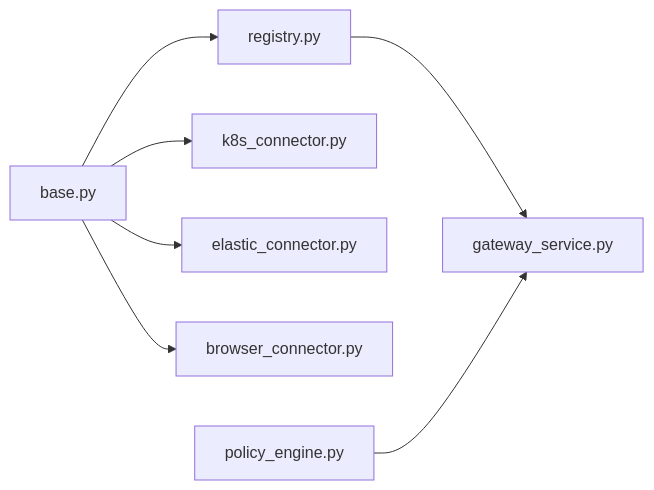
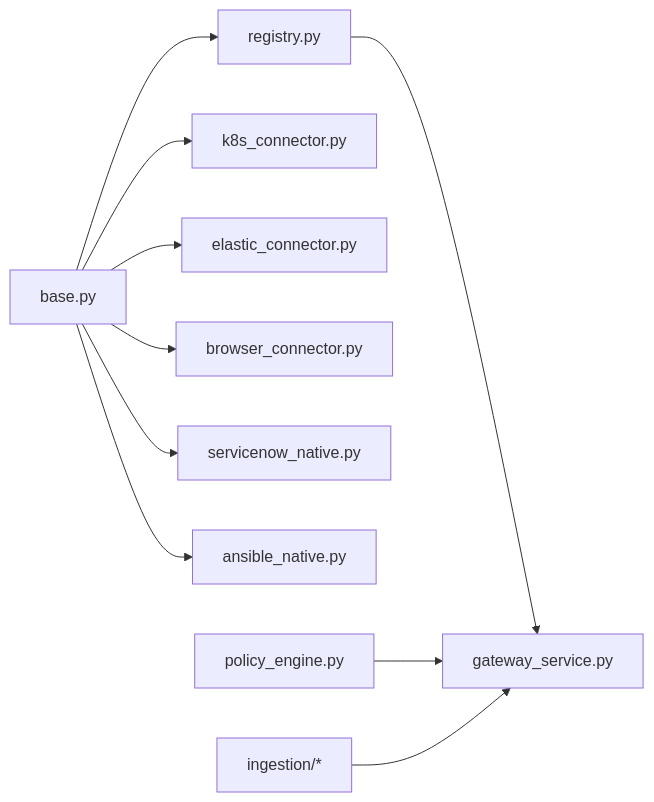
The sixth of 6 diagrams in .qoder/repowiki/en/content/Tool Execution Framework/Tool Development Guide.md (metasync/luban-aiops), drawn with Mermaid before and after one commit. The commit also changed other lines of this file and 7 other files, not shown here.

````diff
--- a/.qoder/repowiki/en/content/Tool Execution Framework/Tool Development Guide.md
+++ b/.qoder/repowiki/en/content/Tool Execution Framework/Tool Development Guide.md
@@ -307,9 +428,12 @@
 ```mermaid
 graph LR
 BASE["base.py"] --> REG["registry.py"]
 BASE --> K8S["k8s_connector.py"]
 BASE --> ELA["elastic_connector.py"]
 BASE --> BRW["browser_connector.py"]
+BASE --> SNOW["servicenow_native.py"]
+BASE --> ANS["ansible_native.py"]
 REG --> GW["gateway_service.py"]
 POL["policy_engine.py"] --> GW
+INGESTION["ingestion/*"] --> GW
 ```
````
